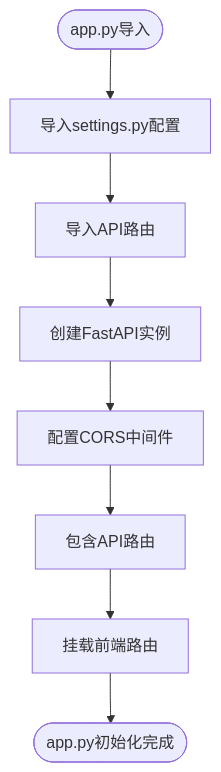
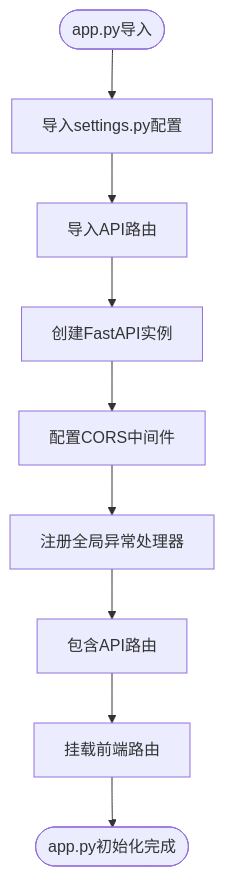
One commit to faryhuo/backtrader changed the fourth of 7 diagrams in .qoder/repowiki/zh/content/后端架构/应用配置与启动.md. Above: the diagram before and after it, drawn with Mermaid. The commit also changed other lines of this file and 17 other files, not shown here.

````diff
--- a/.qoder/repowiki/zh/content/后端架构/应用配置与启动.md
+++ b/.qoder/repowiki/zh/content/后端架构/应用配置与启动.md
@@ -206,10 +218,11 @@
 ```mermaid
 flowchart TD
 Start([app.py导入]) --> ImportSettings["导入settings.py配置"]
 ImportSettings --> ImportRoutes["导入API路由"]
 ImportRoutes --> CreateApp["创建FastAPI实例"]
 CreateApp --> ConfigureCORS["配置CORS中间件"]
-ConfigureCORS --> IncludeRouters["包含API路由"]
+ConfigureCORS --> RegisterExceptionHandlers["注册全局异常处理器"]
+RegisterExceptionHandlers --> IncludeRouters["包含API路由"]
 IncludeRouters --> MountFrontend["挂载前端路由"]
 MountFrontend --> End([app.py初始化完成])
 ```
````
